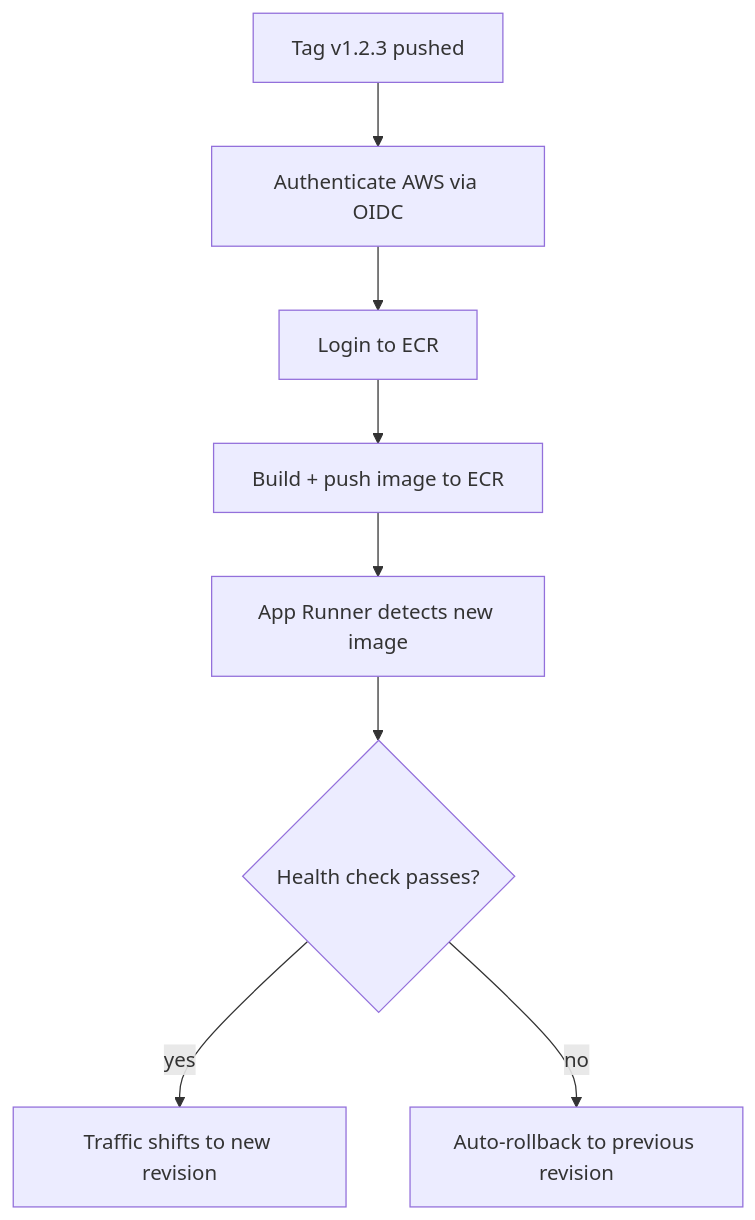
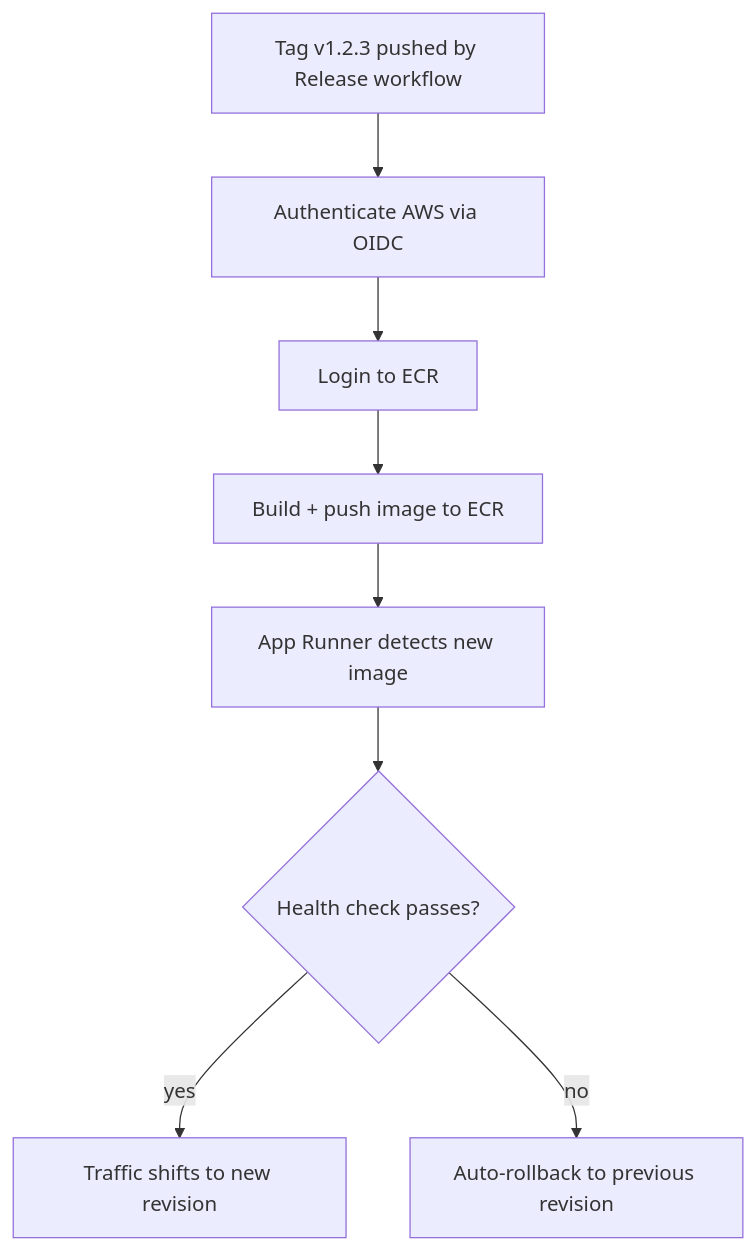
The fifth of 5 diagrams in .github/README.md (ricardogr07/shelter-pulse), drawn with Mermaid before and after one commit. The commit also changed other lines of this file and 2 other files, not shown here.

First line of the commit message:
ci: add release + deploy workflows

````diff
--- a/.github/README.md
+++ b/.github/README.md
@@ -99,10 +111,10 @@
 ```mermaid
 graph TD
-    A[Tag v1.2.3 pushed] --> B[Authenticate AWS via OIDC]
+    A[Tag v1.2.3 pushed by Release workflow] --> B[Authenticate AWS via OIDC]
     B --> C[Login to ECR]
     C --> D[Build + push image to ECR]
     D --> E[App Runner detects new image]
     E --> F{Health check passes?}
     F -->|yes| G[Traffic shifts to new revision]
     F -->|no| H[Auto-rollback to previous revision]
 ```
````
